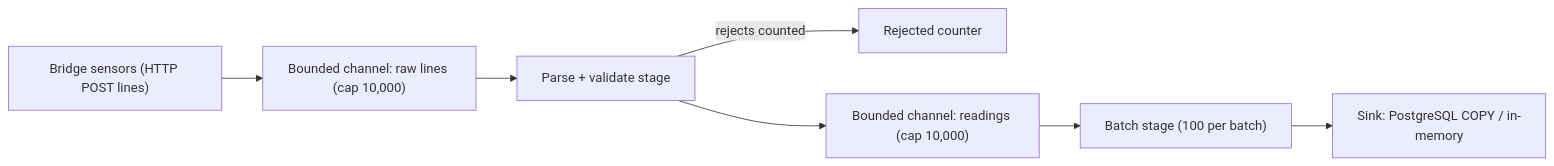
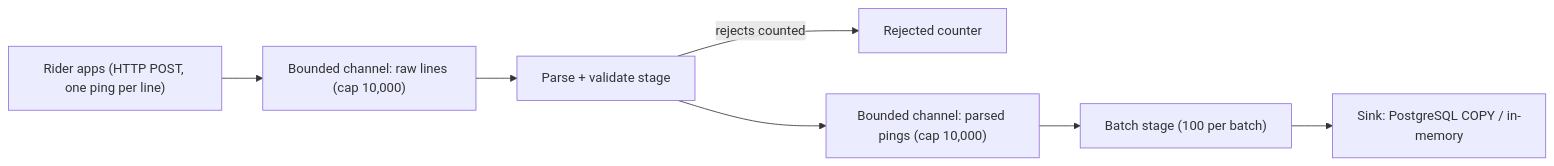
The third of 3 diagrams in content/lessons/m06/m06-pipeline.md (rizwi0786/system-design-lab), drawn with Mermaid before and after one commit. The commit also changed other lines of this file and 334 other files, not shown here.

````diff
--- a/content/lessons/m06/m06-pipeline.md
+++ b/content/lessons/m06/m06-pipeline.md
@@ -243,9 +243,9 @@
 ```mermaid
 flowchart LR
-    S["Bridge sensors (HTTP POST lines)"] --> I["Bounded channel: raw lines (cap 10,000)"]
+    S["Rider apps (HTTP POST, one ping per line)"] --> I["Bounded channel: raw lines (cap 10,000)"]
     I --> P["Parse + validate stage"]
     P -->|"rejects counted"| X["Rejected counter"]
-    P --> R["Bounded channel: readings (cap 10,000)"]
+    P --> R["Bounded channel: parsed pings (cap 10,000)"]
     R --> B["Batch stage (100 per batch)"]
     B --> D["Sink: PostgreSQL COPY / in-memory"]
 ```
````
